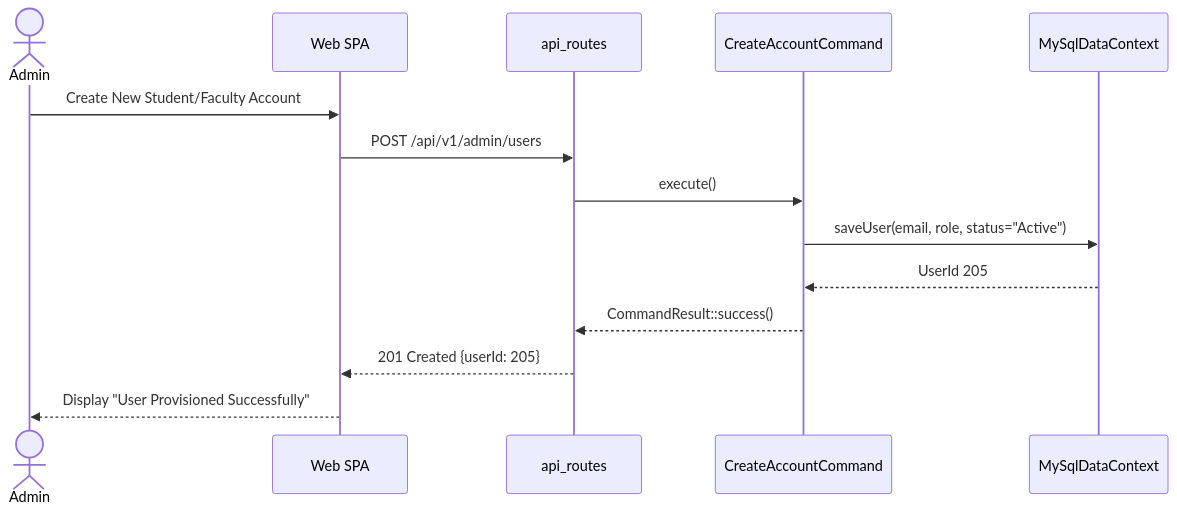
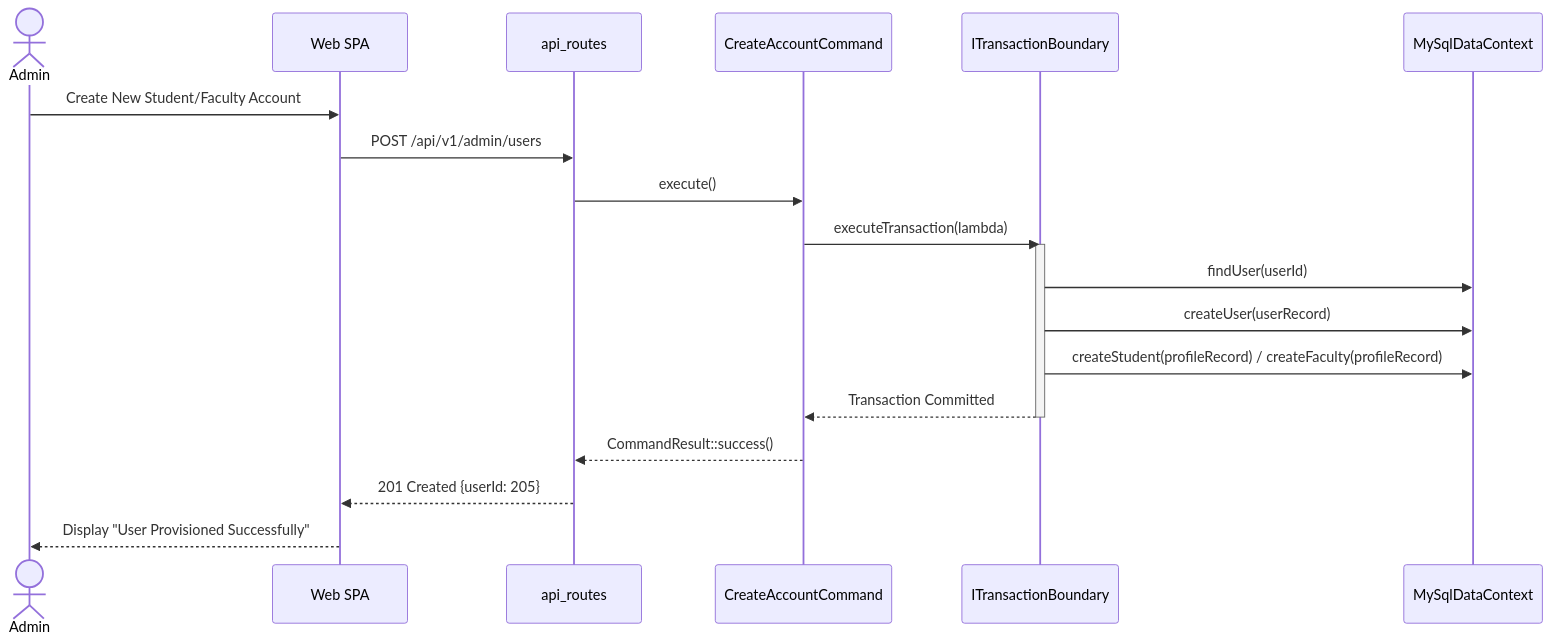
One commit to DesanSilva/university-course-enrolment-system changed diagram 12 of 13 in docs/uml_sequence_diagram.md. Above: the diagram before and after it, drawn with Mermaid. The commit also changed other lines of this file and 3 other files, not shown here.

Commit message:
updated UML diagrams

````diff
--- a/docs/uml_sequence_diagram.md
+++ b/docs/uml_sequence_diagram.md
@@ -299,17 +353,23 @@
 ```mermaid
 sequenceDiagram
     actor Admin
     participant SPA as Web SPA
     participant Router as api_routes
     participant Command as CreateAccountCommand
+    participant Tx as ITransactionBoundary
     participant Store as MySqlDataContext
 
     Admin->>SPA: Create New Student/Faculty Account
     SPA->>Router: POST /api/v1/admin/users
     Router->>Command: execute()
-    Command->>Store: saveUser(email, role, status="Active")
-    Store-->>Command: UserId 205
+    Command->>Tx: executeTransaction(lambda)
+    activate Tx
+    Tx->>Store: findUser(userId)
+    Tx->>Store: createUser(userRecord)
+    Tx->>Store: createStudent(profileRecord) / createFaculty(profileRecord)
+    Tx-->>Command: Transaction Committed
+    deactivate Tx
     Command-->>Router: CommandResult::success()
     Router-->>SPA: 201 Created {userId: 205}
     SPA-->>Admin: Display "User Provisioned Successfully"
 ```
````
